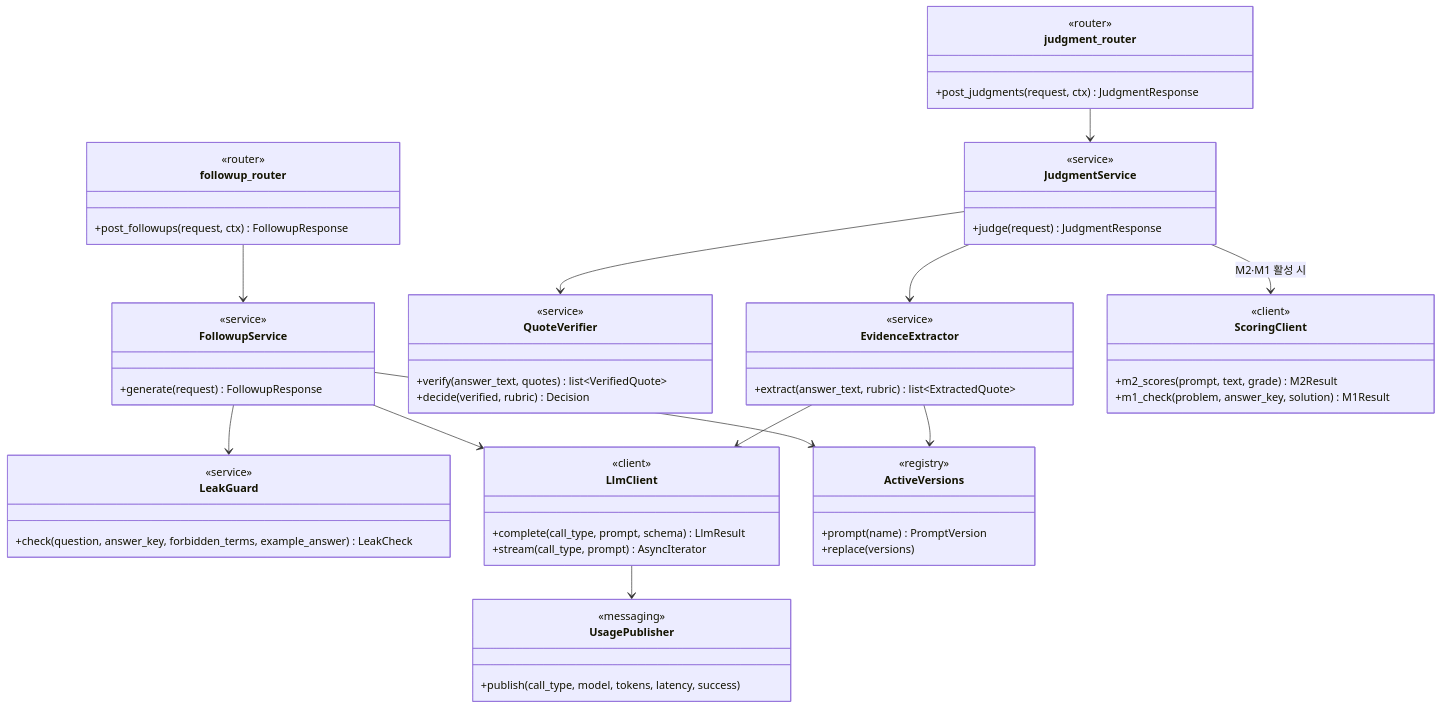
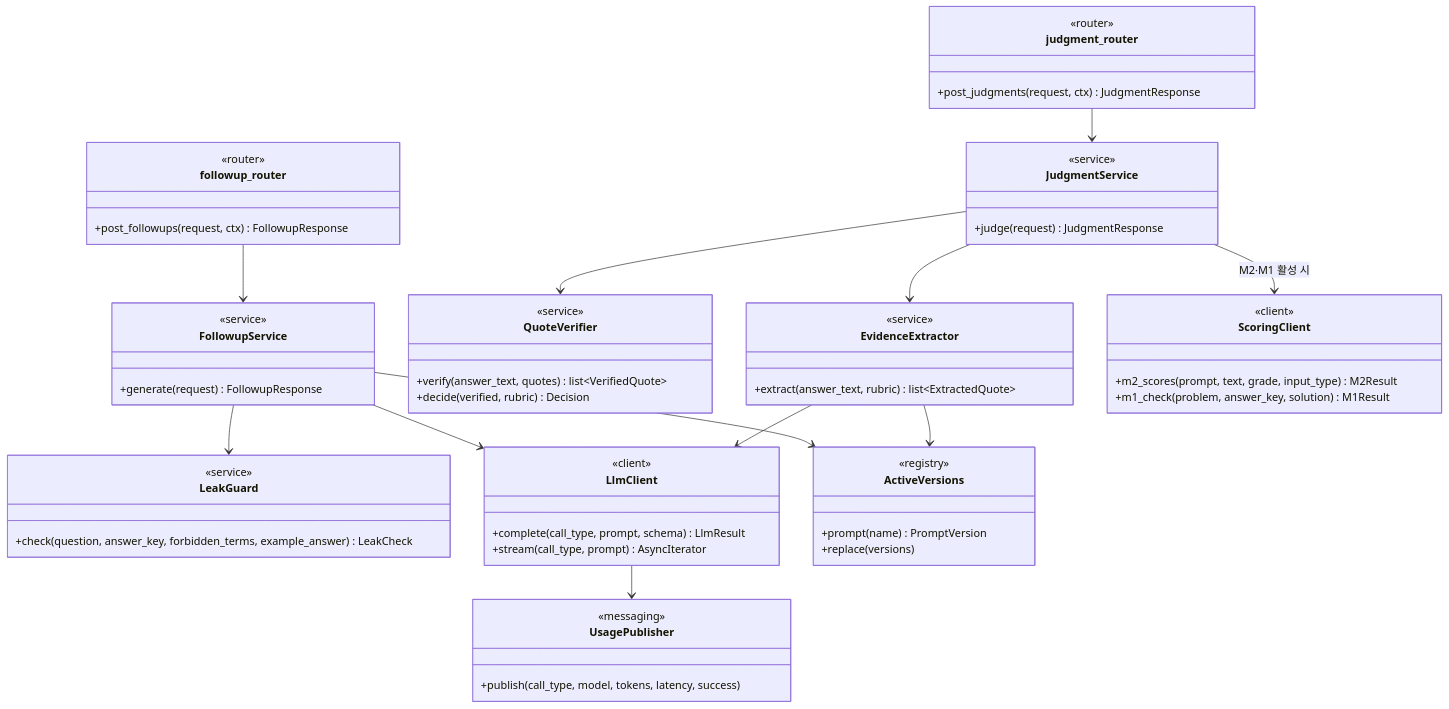
Diagram 11 of 15 in docs/design/class-diagram.md (SKNETWORKS-FAMILY-AICAMP/SKN34-FINAL-3TEAM), drawn with Mermaid before and after one commit. The commit also changed other lines of this file and 5 other files, not shown here.

````diff
--- a/docs/design/class-diagram.md
+++ b/docs/design/class-diagram.md
@@ -1171,64 +1171,64 @@
 ```mermaid
 classDiagram
   direction TB
   class judgment_router {
     <<router>>
     +post_judgments(request, ctx) JudgmentResponse
   }
   class JudgmentService {
     <<service>>
     +judge(request) JudgmentResponse
   }
   class EvidenceExtractor {
     <<service>>
     +extract(answer_text, rubric) list~ExtractedQuote~
   }
   class QuoteVerifier {
     <<service>>
     +verify(answer_text, quotes) list~VerifiedQuote~
     +decide(verified, rubric) Decision
   }
   class followup_router {
     <<router>>
     +post_followups(request, ctx) FollowupResponse
   }
   class FollowupService {
     <<service>>
     +generate(request) FollowupResponse
   }
   class LeakGuard {
     <<service>>
     +check(question, answer_key, forbidden_terms, example_answer) LeakCheck
   }
   class LlmClient {
     <<client>>
     +complete(call_type, prompt, schema) LlmResult
     +stream(call_type, prompt) AsyncIterator
   }
   class ScoringClient {
     <<client>>
-    +m2_scores(prompt, text, grade) M2Result
+    +m2_scores(prompt, text, grade, input_type) M2Result
     +m1_check(problem, answer_key, solution) M1Result
   }
   class ActiveVersions {
     <<registry>>
     +prompt(name) PromptVersion
     +replace(versions)
   }
   class UsagePublisher {
     <<messaging>>
     +publish(call_type, model, tokens, latency, success)
   }
 
   judgment_router --> JudgmentService
   JudgmentService --> EvidenceExtractor
   JudgmentService --> QuoteVerifier
   JudgmentService --> ScoringClient : M2·M1 활성 시
   EvidenceExtractor --> LlmClient
   EvidenceExtractor --> ActiveVersions
   followup_router --> FollowupService
   FollowupService --> LlmClient
   FollowupService --> LeakGuard
   FollowupService --> ActiveVersions
   LlmClient --> UsagePublisher
 ```
````
